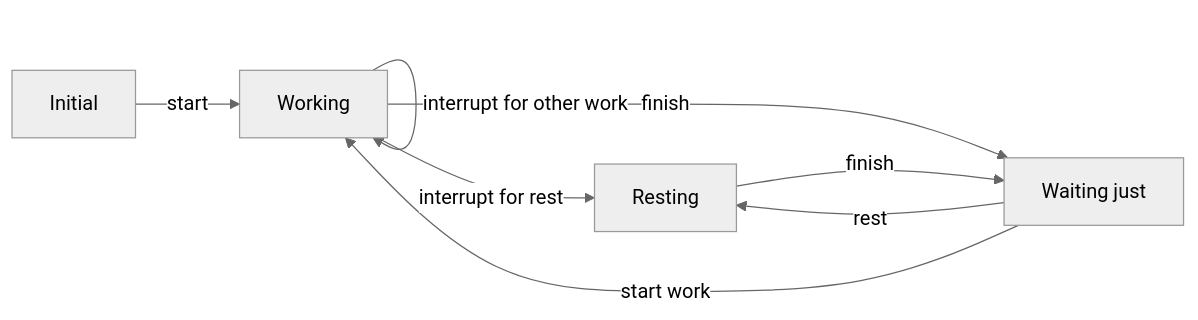
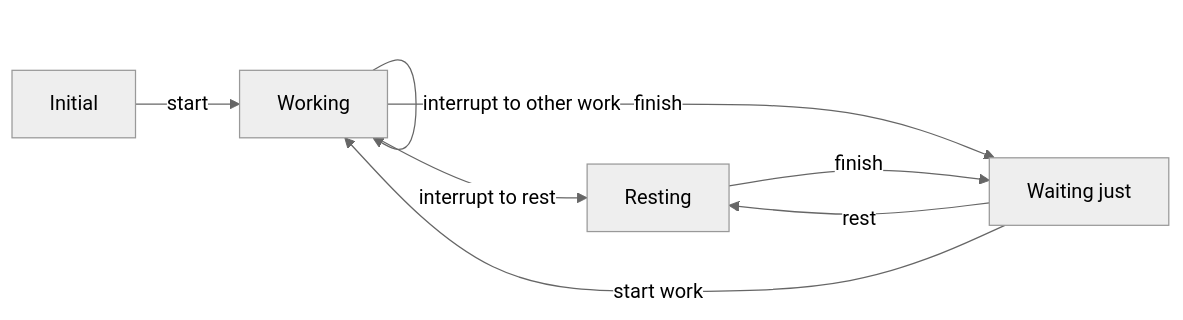
Before and after one commit to featzhang/flake-nap: the diagram in README.md, drawn with Mermaid (neutral theme). The commit also changed 5 other files, not shown here.

````diff
--- a/README.md
+++ b/README.md
@@ -5,16 +5,16 @@
 ```mermaid
 graph LR
 
 init[Initial]
 work[Working]
 rest[Resting]
 wait[Waiting just]
 
 init -- start --> work
-work -- interrupt for other work --> work
-work -- interrupt for rest --> rest
+work -- interrupt to other work --> work
+work -- interrupt to rest --> rest
 work -- finish --> wait
 wait -- rest --> rest
 rest -- finish --> wait
 wait -- start work --> work 
 ```
````
